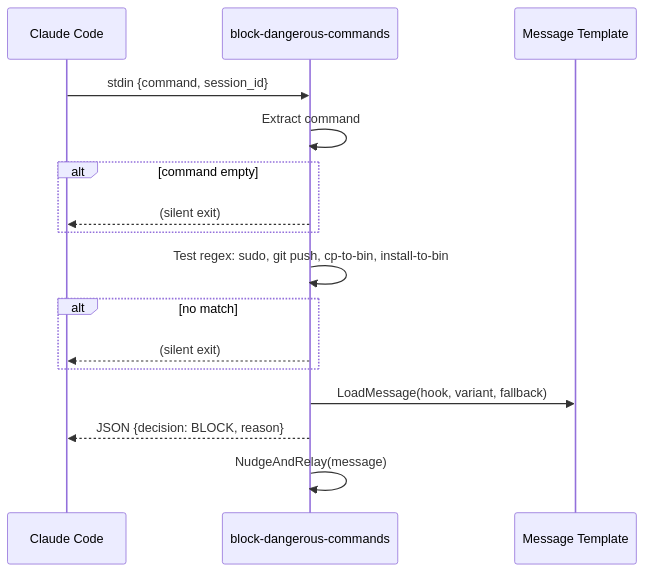
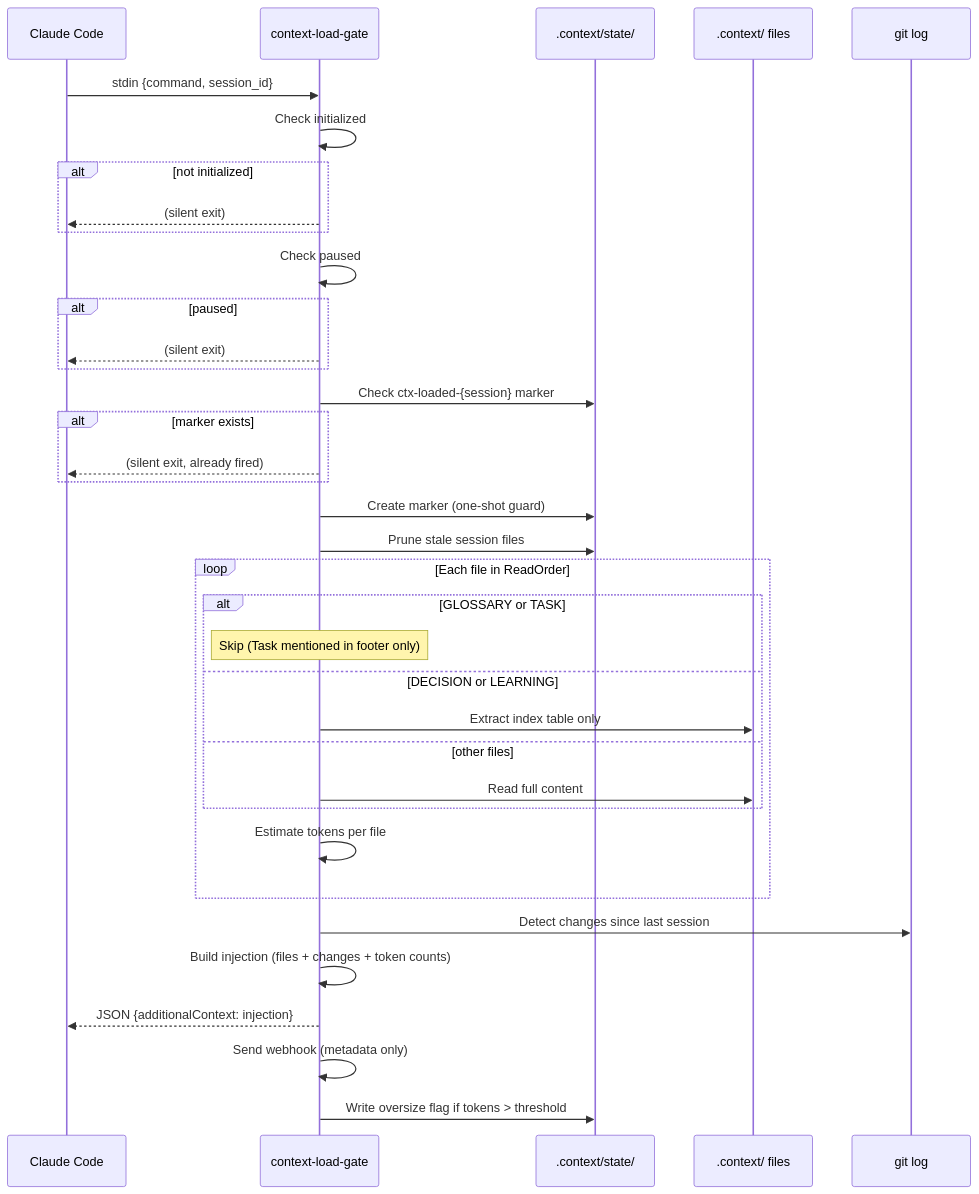
The first of 20 diagrams in docs/recipes/hook-sequence-diagrams.md (ActiveMemory/ctx), drawn with Mermaid before and after one commit. The commit also changed other lines of this file and 103 other files, not shown here.

First line of the commit message:
Docs: fix typography, plural commands, stale refs, hook diagrams, skill list

````diff
--- a/docs/recipes/hook-sequence-diagrams.md
+++ b/docs/recipes/hook-sequence-diagrams.md
@@ -33,19 +38,39 @@
 ```mermaid
 sequenceDiagram
     participant CC as Claude Code
-    participant Hook as block-dangerous-commands
-    participant Tpl as Message Template
+    participant Hook as context-load-gate
+    participant State as .context/state/
+    participant Ctx as .context/ files
+    participant Git as git log
 
     CC->>Hook: stdin {command, session_id}
-    Hook->>Hook: Extract command
-    alt command empty
+    Hook->>Hook: Check initialized
+    alt not initialized
         Hook-->>CC: (silent exit)
     end
-    Hook->>Hook: Test regex: sudo, git push, cp-to-bin, install-to-bin
-    alt no match
+    Hook->>Hook: Check paused
+    alt paused
         Hook-->>CC: (silent exit)
     end
-    Hook->>Tpl: LoadMessage(hook, variant, fallback)
-    Hook-->>CC: JSON {decision: BLOCK, reason}
-    Hook->>Hook: NudgeAndRelay(message)
+    Hook->>State: Check ctx-loaded-{session} marker
+    alt marker exists
+        Hook-->>CC: (silent exit, already fired)
+    end
+    Hook->>State: Create marker (one-shot guard)
+    Hook->>State: Prune stale session files
+    loop Each file in ReadOrder
+        alt GLOSSARY or TASK
+            Note over Hook: Skip (Task mentioned in footer only)
+        else DECISION or LEARNING
+            Hook->>Ctx: Extract index table only
+        else other files
+            Hook->>Ctx: Read full content
+        end
+        Hook->>Hook: Estimate tokens per file
+    end
+    Hook->>Git: Detect changes since last session
+    Hook->>Hook: Build injection (files + changes + token counts)
+    Hook-->>CC: JSON {additionalContext: injection}
+    Hook->>Hook: Send webhook (metadata only)
+    Hook->>State: Write oversize flag if tokens > threshold
 ```
````
